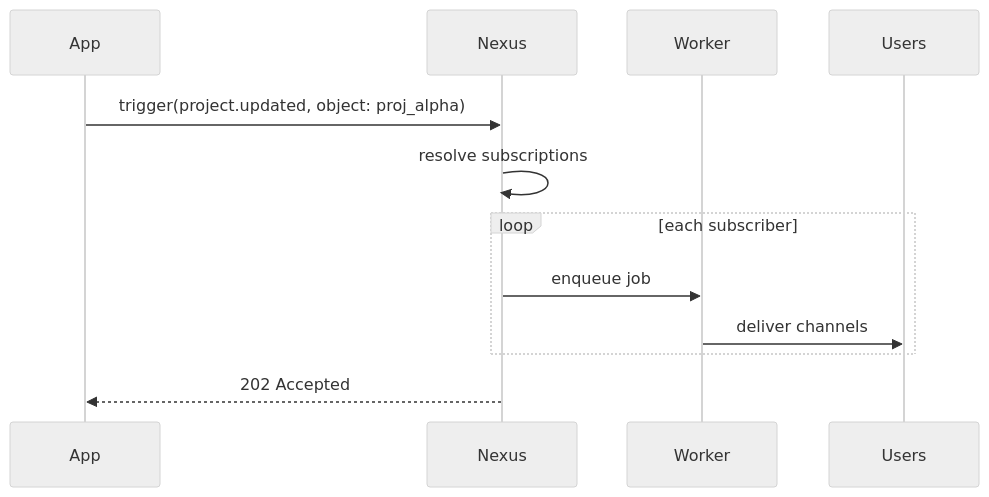
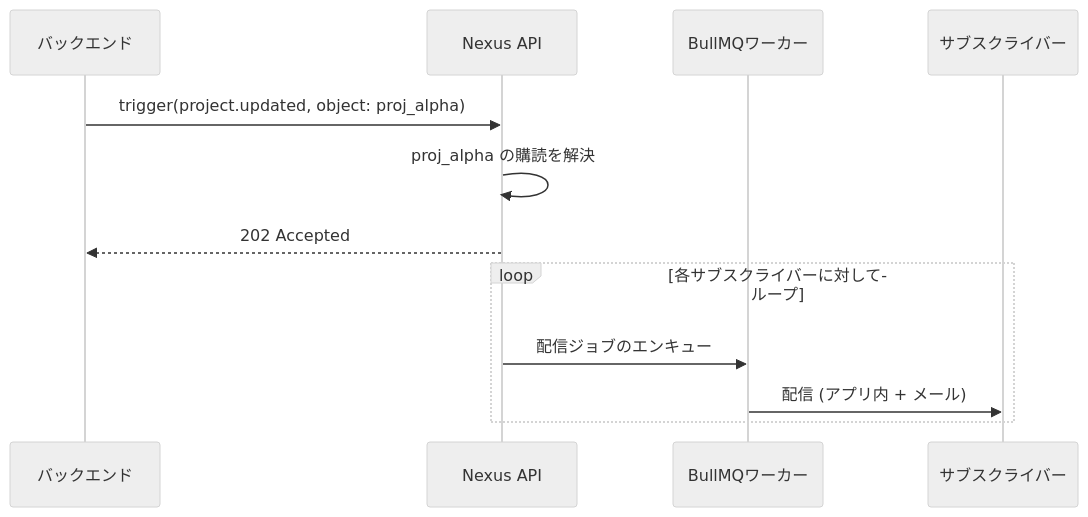
Before and after one commit to KriyanshKhunt/nexus_docs: the diagram in content/docs/ja/platform/guides/object-fanout.mdx, drawn with Mermaid (neutral theme). The commit also changed other lines of this file and 23 other files, not shown here.

````diff
--- a/content/docs/ja/platform/guides/object-fanout.mdx
+++ b/content/docs/ja/platform/guides/object-fanout.mdx
@@ -66,15 +128,15 @@
 ```mermaid
 sequenceDiagram
-  participant App
-  participant Nexus
-  participant Worker
-  participant Users
+  participant App as バックエンド
+  participant Nexus as Nexus API
+  participant Worker as BullMQワーカー
+  participant Users as サブスクライバー
 
   App->>Nexus: trigger(project.updated, object: proj_alpha)
-  Nexus->>Nexus: resolve subscriptions
-  loop each subscriber
-    Nexus->>Worker: enqueue job
-    Worker->>Users: deliver channels
+  Nexus->>Nexus: proj_alpha の購読を解決
+  Nexus-->>App: 202 Accepted
+  loop 各サブスクライバーに対してループ
+    Nexus->>Worker: 配信ジョブのエンキュー
+    Worker->>Users: 配信 (アプリ内 + メール)
   end
-  Nexus-->>App: 202 Accepted
 ```
````
